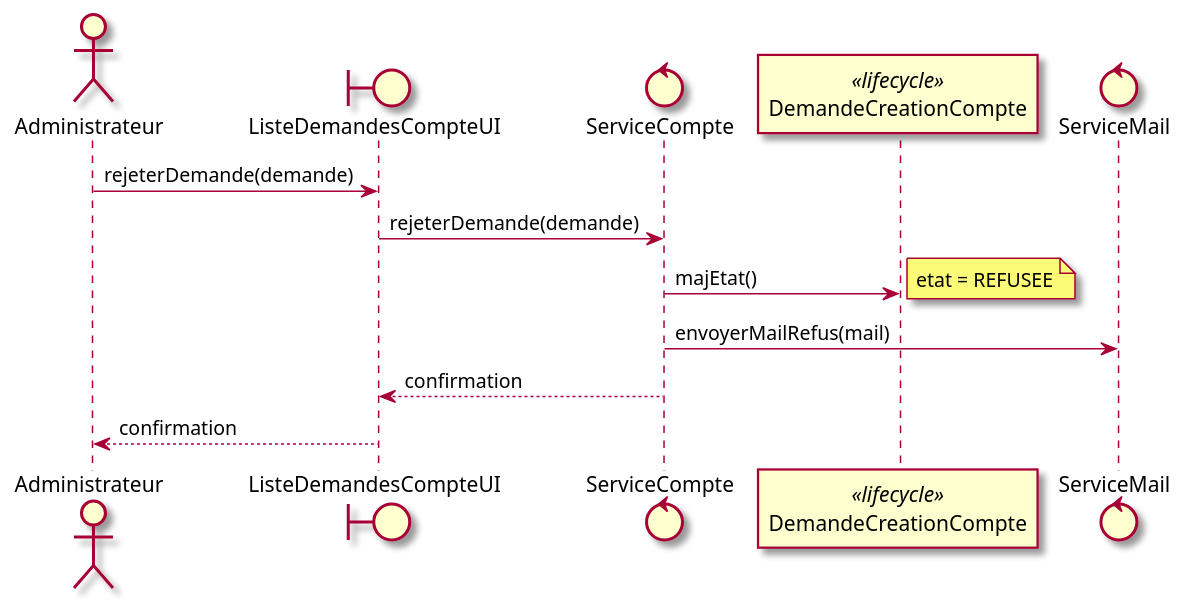
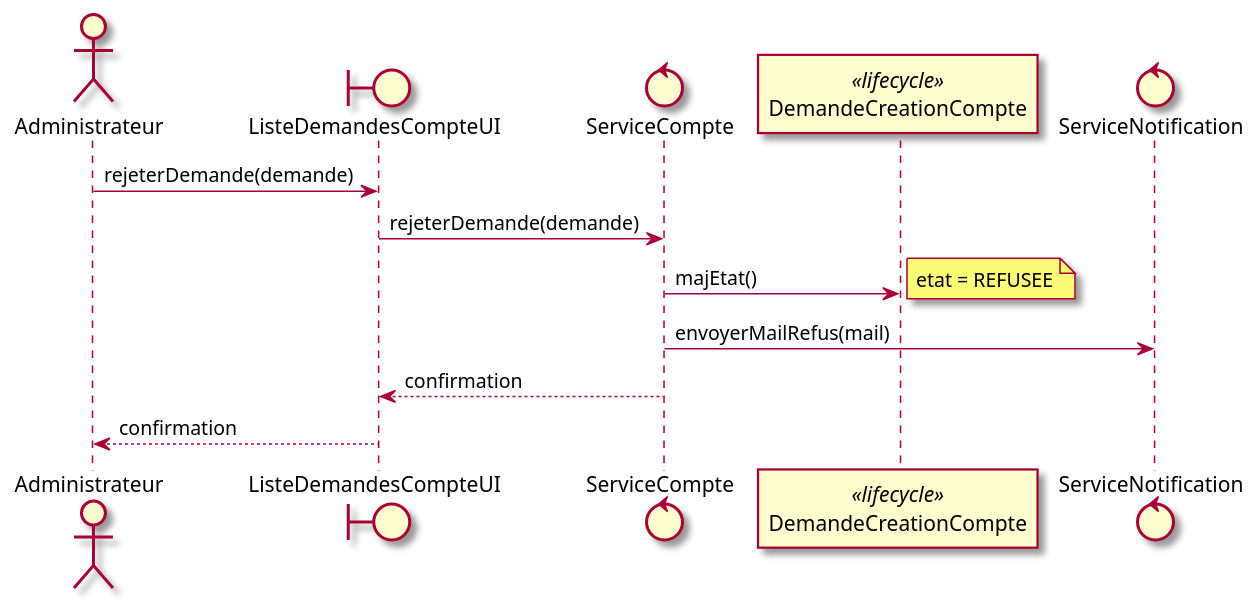
Before and after one commit to mrajaonson/glg204-room-management-system: the seventh of 58 diagrams in docs/02-Analyse.md, drawn with PlantUML. The commit also changed other lines of this file and 3 other files, not shown here.

````diff
--- a/docs/02-Analyse.md
+++ b/docs/02-Analyse.md
@@ -297,18 +315,18 @@
 ```plantuml
 @startuml
 skin rose
 actor Administrateur as a
 boundary ListeDemandesCompteUI as ui
 control ServiceCompte as svc
 participant DemandeCreationCompte as dcm <<lifecycle>>
-control ServiceMail as mail
+control ServiceNotification as notif
 
 a -> ui : rejeterDemande(demande)
 ui -> svc : rejeterDemande(demande)
 svc -> dcm : majEtat()
 note right : etat = REFUSEE
-svc -> mail : envoyerMailRefus(mail)
+svc -> notif : envoyerMailRefus(mail)
 svc --> ui : confirmation
 ui --> a : confirmation
 @enduml
 ```
````
